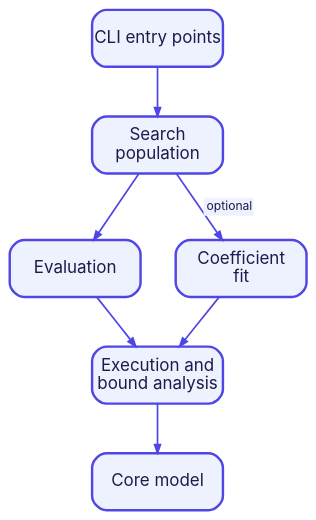
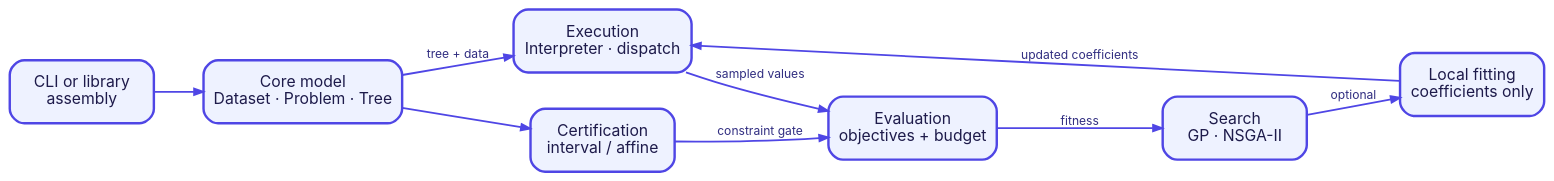
Before and after one commit to heal-research/operon: the diagram in docs/mkdocs/diagrams/system-overview.dot, drawn with Graphviz. The commit also changed 19 other files, not shown here.

Commit message:
Expand architecture and API documentation

```diff
--- a/docs/mkdocs/diagrams/system-overview.dot
+++ b/docs/mkdocs/diagrams/system-overview.dot
@@ -1,19 +1,22 @@
 digraph system_overview {
-  graph [rankdir=TB, bgcolor="transparent", nodesep=0.4, ranksep=0.55, pad=0.1];
-  node [shape=box, style="rounded,filled", fillcolor="#EEF2FF", color="#4F46E5", penwidth=2, fontname="Inter", fontsize=14, fontcolor="#1E1B4B", width=1.5, height=0.65, fixedsize=true];
-  edge [color="#4F46E5", penwidth=1.4, arrowsize=0.7, fontname="Inter", fontsize=10, fontcolor="#312E81"];
+  graph [rankdir=LR, bgcolor="transparent", nodesep=0.42, ranksep=0.55, pad=0.12];
+  node [shape=box, style="rounded,filled", fillcolor="#EEF2FF", color="#4F46E5", penwidth=2, fontname="Inter", fontsize=13, fontcolor="#1E1B4B", width=1.65, height=0.72];
+  edge [color="#4F46E5", penwidth=1.5, arrowsize=0.75, fontname="Inter", fontsize=10, fontcolor="#312E81"];
 
-  entry [label="CLI entry points"];
-  search [label="Search\npopulation"];
-  evaluation [label="Evaluation"];
-  execution [label="Execution and\nbound analysis"];
-  model [label="Core model"];
-  fitting [label="Coefficient\nfit"];
+  entry [label="CLI or library\nassembly"];
+  core [label="Core model\nDataset · Problem · Tree"];
+  execution [label="Execution\nInterpreter · dispatch"];
+  evaluation [label="Evaluation\nobjectives + budget"];
+  search [label="Search\nGP · NSGA-II"];
+  fitting [label="Local fitting\ncoefficients only"];
+  bounds [label="Certification\ninterval / affine"];
 
-  entry -> search;
-  search -> evaluation;
-  evaluation -> execution;
-  execution -> model;
-  search -> fitting [label=<<TABLE BORDER="0" CELLBORDER="0" CELLSPACING="0" CELLPADDING="2" BGCOLOR="#EEF2FF"><TR><TD><FONT COLOR="#1E1B4B">optional</FONT></TD></TR></TABLE>>];
-  fitting -> execution;
+  entry -> core;
+  core -> execution [label="tree + data"];
+  execution -> evaluation [label="sampled values"];
+  evaluation -> search [label="fitness"];
+  search -> fitting [label="optional"];
+  fitting -> execution [label="updated coefficients"];
+  core -> bounds;
+  bounds -> evaluation [label="constraint gate"];
 }
```
